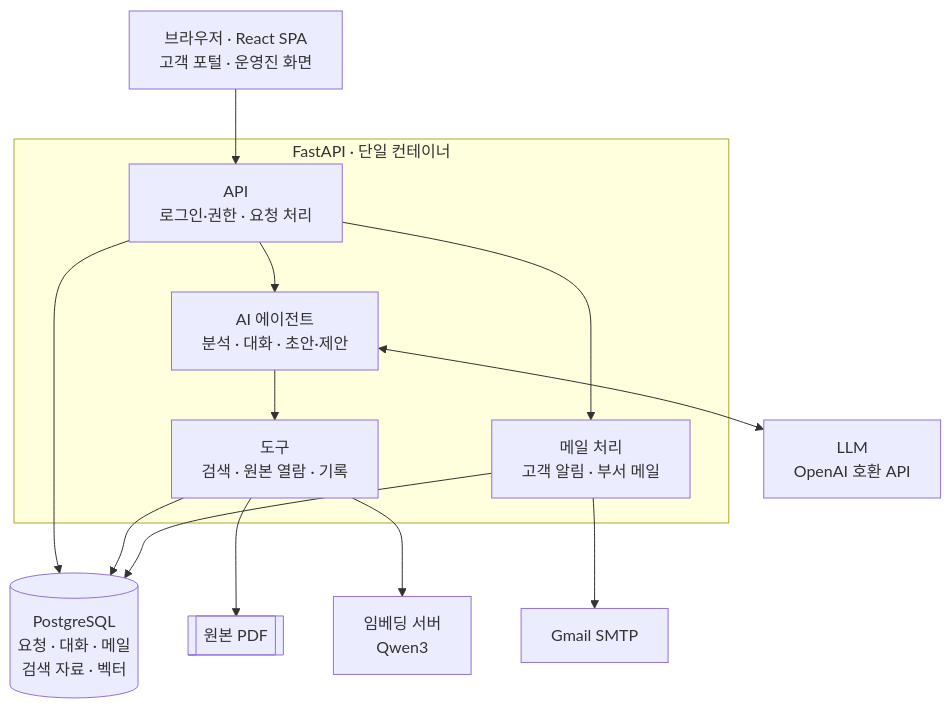
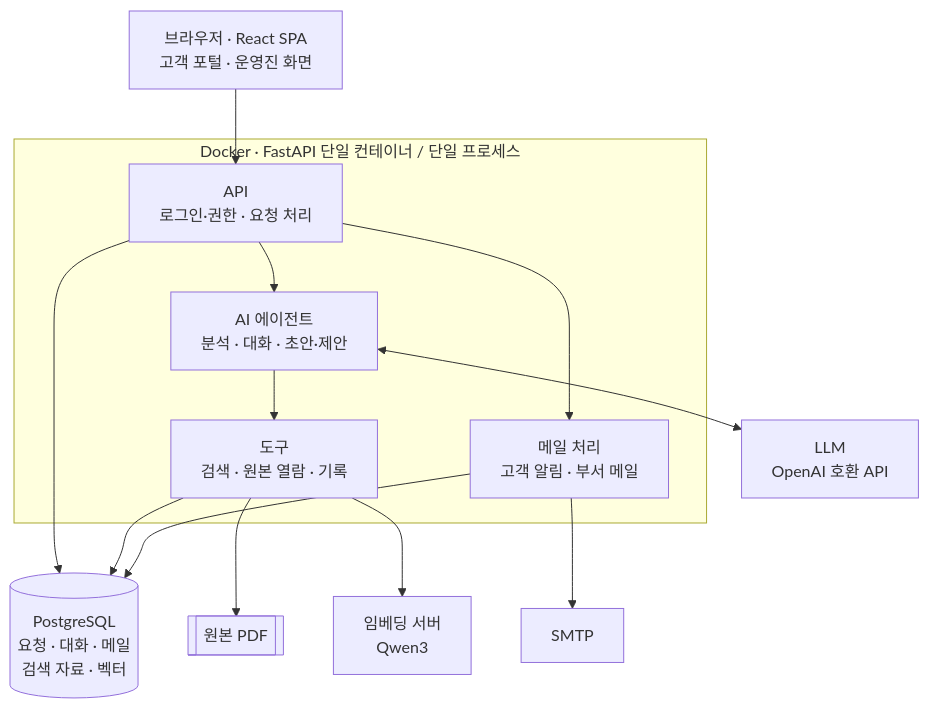
The second of 6 diagrams in README.md (lgd12345/M2-1_codyssey_Final_Project), drawn with Mermaid before and after one commit. The commit also changed other lines of this file and 52 other files, not shown here.

````diff
--- a/README.md
+++ b/README.md
@@ -89,25 +89,25 @@
 ```mermaid
 flowchart TD
     B["브라우저 · React SPA<br/>고객 포털 · 운영진 화면"] --> API
-    subgraph APP["FastAPI · 단일 컨테이너"]
+    subgraph APP["Docker · FastAPI 단일 컨테이너 / 단일 프로세스"]
         API["API<br/>로그인·권한 · 요청 처리"]
         AG["AI 에이전트<br/>분석 · 대화 · 초안·제안"]
         T["도구<br/>검색 · 원본 열람 · 기록"]
         MAIL["메일 처리<br/>고객 알림 · 부서 메일"]
         API --> AG
         AG --> T
         API --> MAIL
     end
     DB[("PostgreSQL<br/>요청 · 대화 · 메일<br/>검색 자료 · 벡터")]
     PDF[["원본 PDF"]]
     LLM["LLM<br/>OpenAI 호환 API"]
     EMB["임베딩 서버<br/>Qwen3"]
-    SMTP["Gmail SMTP"]
+    SMTP["SMTP"]
     API --> DB
     T --> DB
     T --> PDF
     T --> EMB
     AG <--> LLM
     MAIL --> DB
     MAIL --> SMTP
 ```
````
